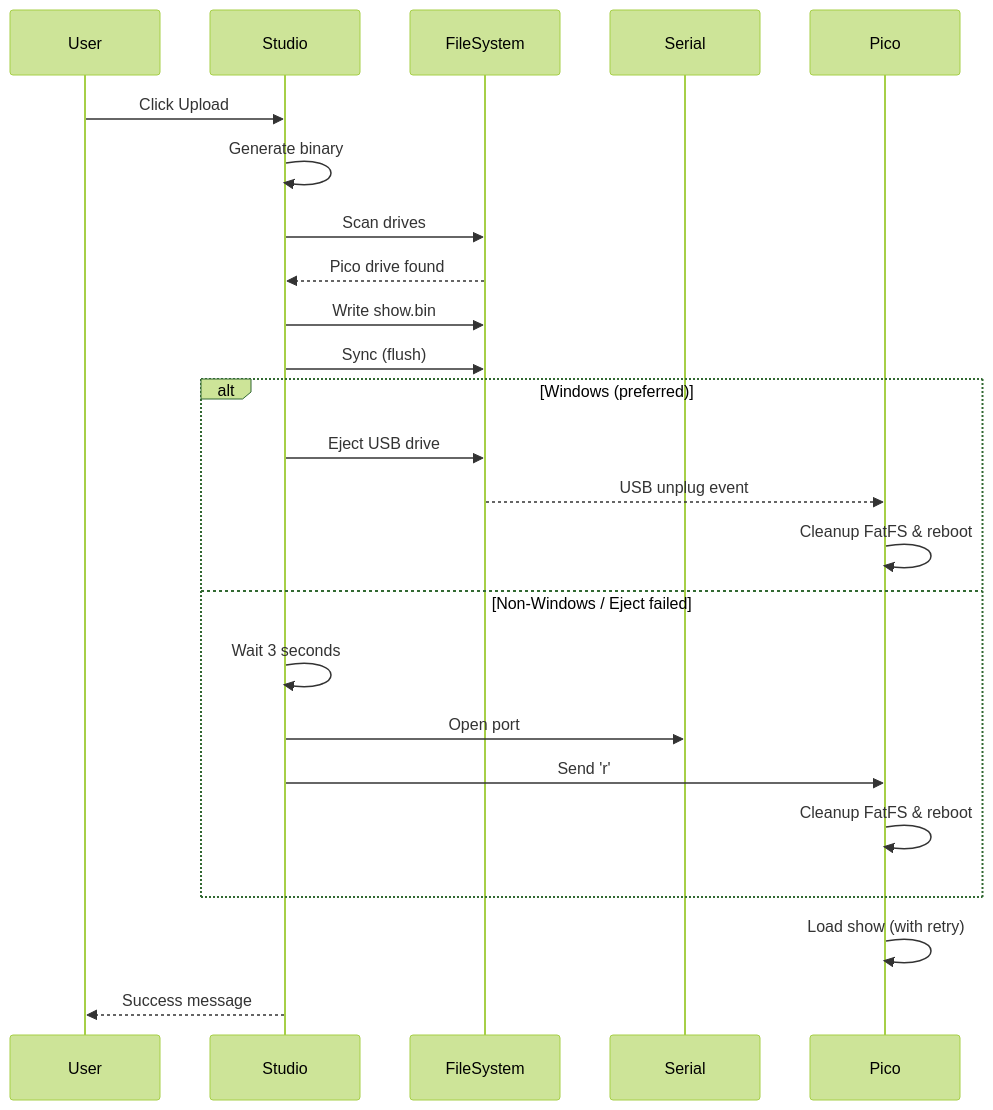
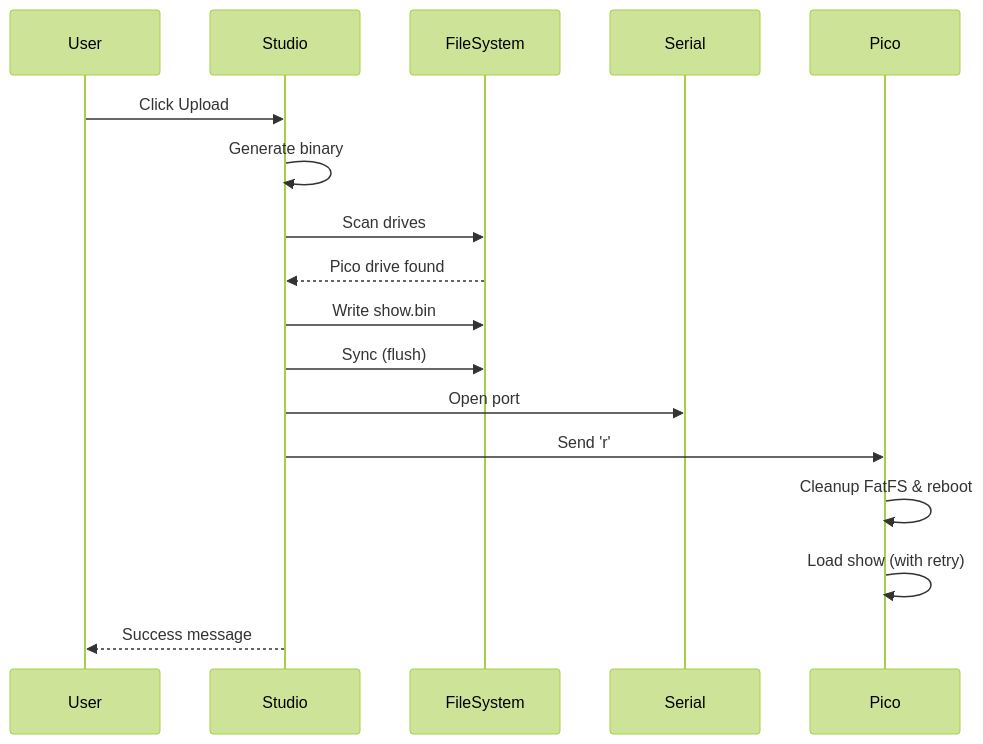
One commit to picolume/studio changed the sixth of 11 diagrams in SOFTWARE_REQUIREMENTS_DOCUMENT.md. Above: the diagram before and after it, drawn with Mermaid (forest theme). The commit also changed other lines of this file and 5 other files, not shown here.

First line of the commit message:
Update Studio upload + Pico detection; refresh SRD

````diff
--- a/SOFTWARE_REQUIREMENTS_DOCUMENT.md
+++ b/SOFTWARE_REQUIREMENTS_DOCUMENT.md
@@ -1115,29 +1116,21 @@
 ```mermaid
 sequenceDiagram
     participant User
     participant Studio
     participant FileSystem
     participant Serial
     participant Pico
 
     User->>Studio: Click Upload
     Studio->>Studio: Generate binary
     Studio->>FileSystem: Scan drives
     FileSystem-->>Studio: Pico drive found
     Studio->>FileSystem: Write show.bin
     Studio->>FileSystem: Sync (flush)
-
-    alt Windows (preferred)
-        Studio->>FileSystem: Eject USB drive
-        FileSystem-->>Pico: USB unplug event
-        Pico->>Pico: Cleanup FatFS & reboot
-    else Non-Windows / Eject failed
-        Studio->>Studio: Wait 3 seconds
-        Studio->>Serial: Open port
-        Studio->>Pico: Send 'r'
-        Pico->>Pico: Cleanup FatFS & reboot
-    end
+    Studio->>Serial: Open port
+    Studio->>Pico: Send 'r'
+    Pico->>Pico: Cleanup FatFS & reboot
 
     Pico->>Pico: Load show (with retry)
     Studio-->>User: Success message
 ```
````
